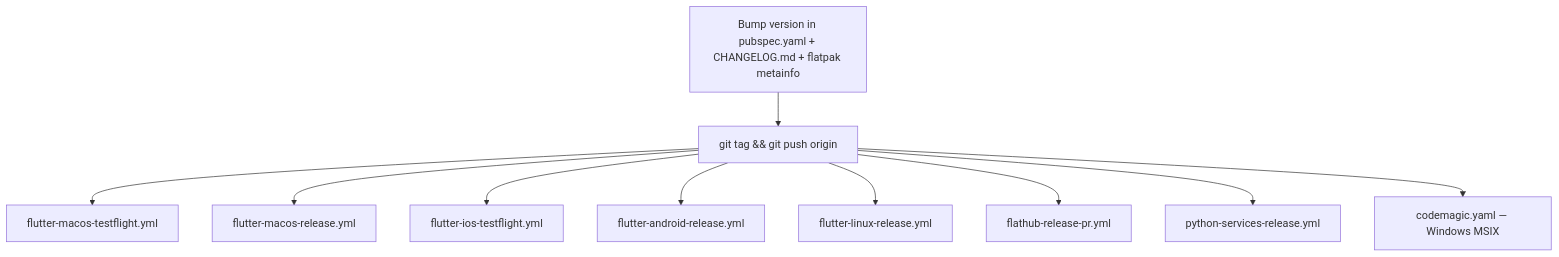
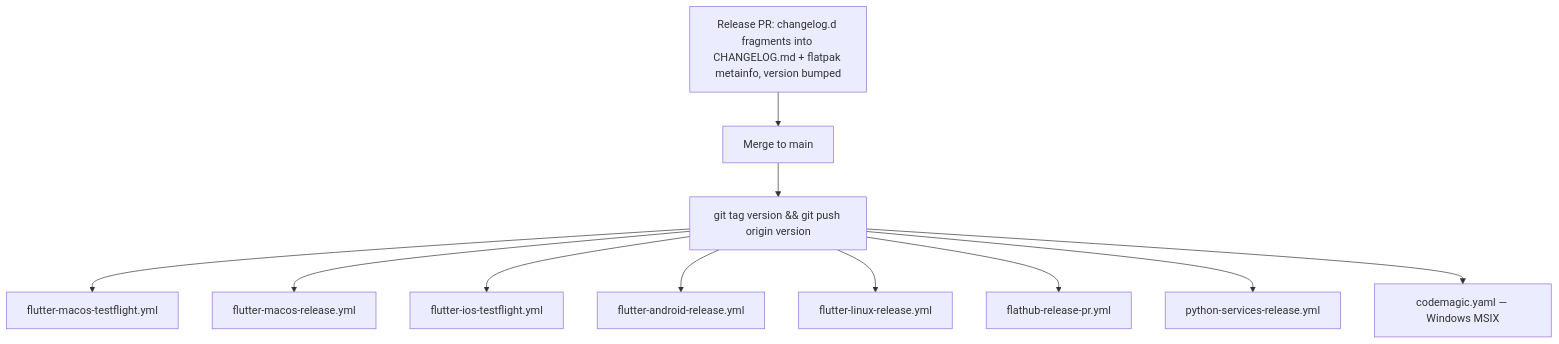
One commit to matthiasn/lotti changed the diagram in knowledge/architecture/platform-and-release.md. Above: the diagram before and after it, drawn with Mermaid. The commit also changed other lines of this file and 10 other files, not shown here.

Commit message:
chore(release): move release notes into changelog.d/ fragments

````diff
--- a/knowledge/architecture/platform-and-release.md
+++ b/knowledge/architecture/platform-and-release.md
@@ -159,12 +163,13 @@
 ```mermaid
 flowchart TD
-  Bump["Bump version in pubspec.yaml + CHANGELOG.md + flatpak metainfo"] --> Tag["git tag <version> && git push origin <version>"]
+  Assemble["Release PR: changelog.d fragments into CHANGELOG.md + flatpak metainfo, version bumped"] --> Merge["Merge to main"]
+  Merge --> Tag["git tag version && git push origin version"]
   Tag --> A["flutter-macos-testflight.yml"]
   Tag --> B["flutter-macos-release.yml"]
   Tag --> C["flutter-ios-testflight.yml"]
   Tag --> D["flutter-android-release.yml"]
   Tag --> E["flutter-linux-release.yml"]
   Tag --> F["flathub-release-pr.yml"]
   Tag --> G["python-services-release.yml"]
   Tag --> H["codemagic.yaml — Windows MSIX"]
 ```
````
